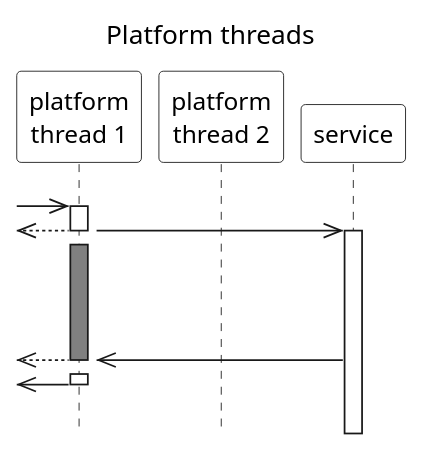
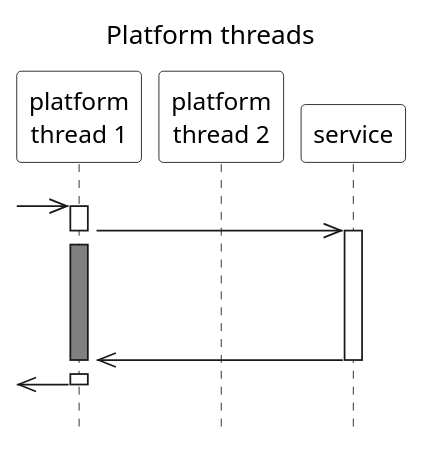
One commit to ti-cortex-m4/demo-java-virtual-threads2 changed the diagram in images/platform_threads.puml. Above: the diagram before and after it, drawn with PlantUML.

```diff
--- a/images/platform_threads.puml
+++ b/images/platform_threads.puml
@@ -1,59 +1,59 @@
 @startuml
 
 !pragma teoz true
 
 title Platform threads
 
 scale 1.1
 hide footbox
 skinparam monochrome true
 skinparam defaultFontName Source Sans Pro
 skinparam titleFontSize 15
 skinparam titleFontStyle normal
 skinparam sequenceMessageAlign left
 skinparam participantBackgroundColor #white
 skinparam noteBackgroundColor #white
 skinparam sequenceGroupBackgroundColor #white
 
 participant "platform\nthread 1" as PlatformThread1
 participant "platform\nthread 2" as PlatformThread2
 participant "service" as Service
 
 ||10||
 
 ->> PlatformThread1
 activate PlatformThread1
 PlatformThread1->>Service
+activate Service
 deactivate PlatformThread1
-& <<-- PlatformThread1
+& <<-[hidden]- PlatformThread1
 activate PlatformThread1 #gray
-activate Service
 
 '->> PlatformThread2
 'activate PlatformThread2
 'PlatformThread2->>Service
 'deactivate PlatformThread2
 '<-[hidden]- PlatformThread2
 'activate PlatformThread2 #gray
 
 ||60||
 
 Service->>PlatformThread1
-'deactivate Service
+deactivate Service
 deactivate PlatformThread1
-& <<-- PlatformThread1
+& <<-[hidden]- PlatformThread1
 activate PlatformThread1
 <<- PlatformThread1
 deactivate PlatformThread1
 
 'Service->>PlatformThread2
 'deactivate Service
 'deactivate PlatformThread2
 '<-[hidden]- PlatformThread2
 'activate PlatformThread2
 '<<- PlatformThread2
 'deactivate PlatformThread2
 
 ||10||
 
 @enduml
```
